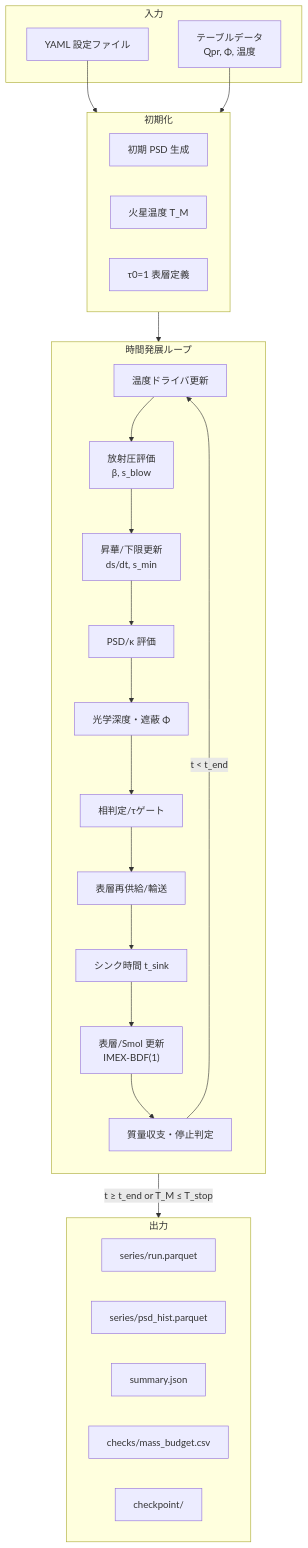
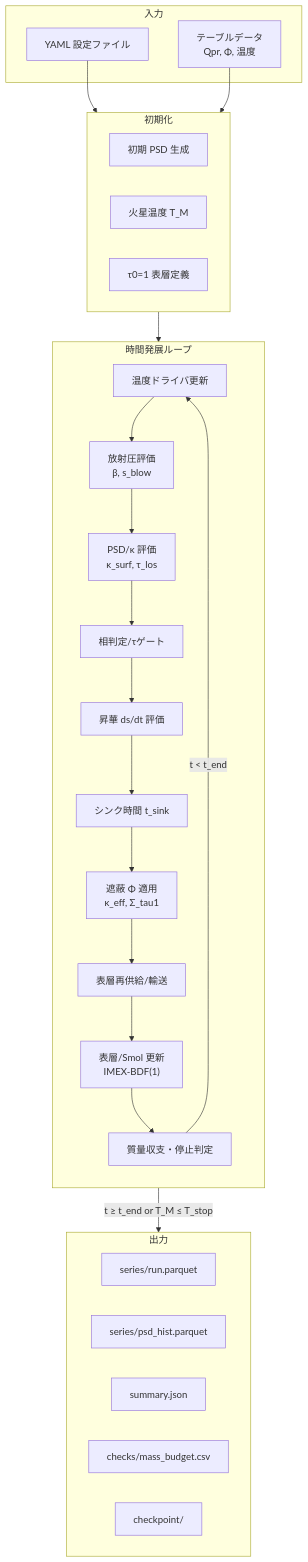
The first of 8 diagrams in analysis/thesis/methods.md (Einfeld686/MarsDiskSimulation), drawn with Mermaid before and after one commit. The commit also changed other lines of this file and 7 other files, not shown here.

Commit message:
docs(thesis): refine methods flow and run_sweep tables

````diff
--- a/analysis/thesis/methods.md
+++ b/analysis/thesis/methods.md
@@ -245,43 +247,42 @@
 ```mermaid
 flowchart TB
     subgraph INPUT["入力"]
         CONFIG["YAML 設定ファイル"]
         TABLES["テーブルデータ<br/>Qpr, Φ, 温度"]
     end
 
     subgraph INIT["初期化"]
         PSD0["初期 PSD 生成"]
         TEMP0["火星温度 T_M"]
         TAU1["τ0=1 表層定義"]
     end
 
     subgraph LOOP["時間発展ループ"]
         direction TB
         DRIVER["温度ドライバ更新"]
         RAD["放射圧評価<br/>β, s_blow"]
-        SUBL["昇華/下限更新<br/>ds/dt, s_min"]
-        PSDSTEP["PSD/κ 評価"]
-        SHIELD["光学深度・遮蔽 Φ"]
+        PSDSTEP["PSD/κ 評価<br/>κ_surf, τ_los"]
         PHASE["相判定/τゲート"]
+        SUBL["昇華 ds/dt 評価"]
+        SINKTIME["シンク時間 t_sink"]
+        SHIELD["遮蔽 Φ 適用<br/>κ_eff, Σ_tau1"]
         SUPPLY["表層再供給/輸送"]
-        SINKTIME["シンク時間 t_sink"]
         EVOLVE["表層/Smol 更新<br/>IMEX-BDF(1)"]
         CHECK["質量収支・停止判定"]
     end
 
     subgraph OUTPUT["出力"]
         SERIES["series/run.parquet"]
         PSDHIST["series/psd_hist.parquet"]
         SUMMARY["summary.json"]
         BUDGET["checks/mass_budget.csv"]
         CKPT["checkpoint/"]
     end
 
     CONFIG --> INIT
     TABLES --> INIT
     INIT --> LOOP
-    DRIVER --> RAD --> SUBL --> PSDSTEP --> SHIELD
-    SHIELD --> PHASE --> SUPPLY --> SINKTIME --> EVOLVE --> CHECK
+    DRIVER --> RAD --> PSDSTEP --> PHASE --> SUBL --> SINKTIME --> SHIELD --> SUPPLY --> EVOLVE --> CHECK
     CHECK -->|"t < t_end"| DRIVER
     CHECK -->|"t ≥ t_end or T_M ≤ T_stop"| OUTPUT
 ```
````
